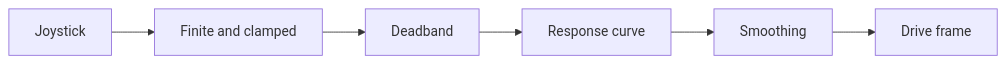
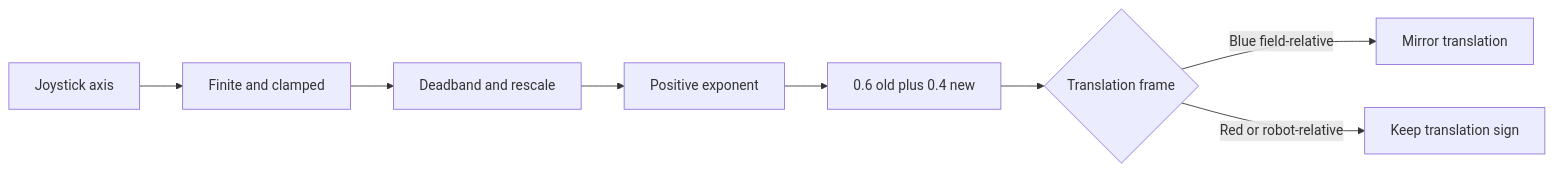
One commit to ARES-23247/ARESWEB changed the diagram in content/learning/current-robot/02-driver-input-frames.md. Above: the diagram before and after it, drawn with Mermaid. The commit also changed other lines of this file and 7 other files, not shown here.

````diff
--- a/content/learning/current-robot/02-driver-input-frames.md
+++ b/content/learning/current-robot/02-driver-input-frames.md
@@ -14,9 +49,11 @@
 ```mermaid
-%% aria: A joystick value is made finite, clamped, passed through deadband, curved, smoothed, and then placed in the chosen coordinate frame.
+%% aria: A joystick axis becomes finite and bounded, passes through deadband rescaling, an exponent curve, and first-order smoothing. Field-relative blue translation is then mirrored. Robot-relative translation and rotation are not alliance mirrored.
 flowchart LR
-  A["Joystick"] --> B["Finite and clamped"]
-  B --> C["Deadband"]
-  C --> D["Response curve"]
-  D --> E["Smoothing"]
-  E --> F["Drive frame"]
+  A["Joystick axis"] --> B["Finite and clamped"]
+  B --> C["Deadband and rescale"]
+  C --> D["Positive exponent"]
+  D --> E["0.6 old plus 0.4 new"]
+  E --> F{"Translation frame"}
+  F -->|"Blue field-relative"| G["Mirror translation"]
+  F -->|"Red or robot-relative"| H["Keep translation sign"]
 ```
````
